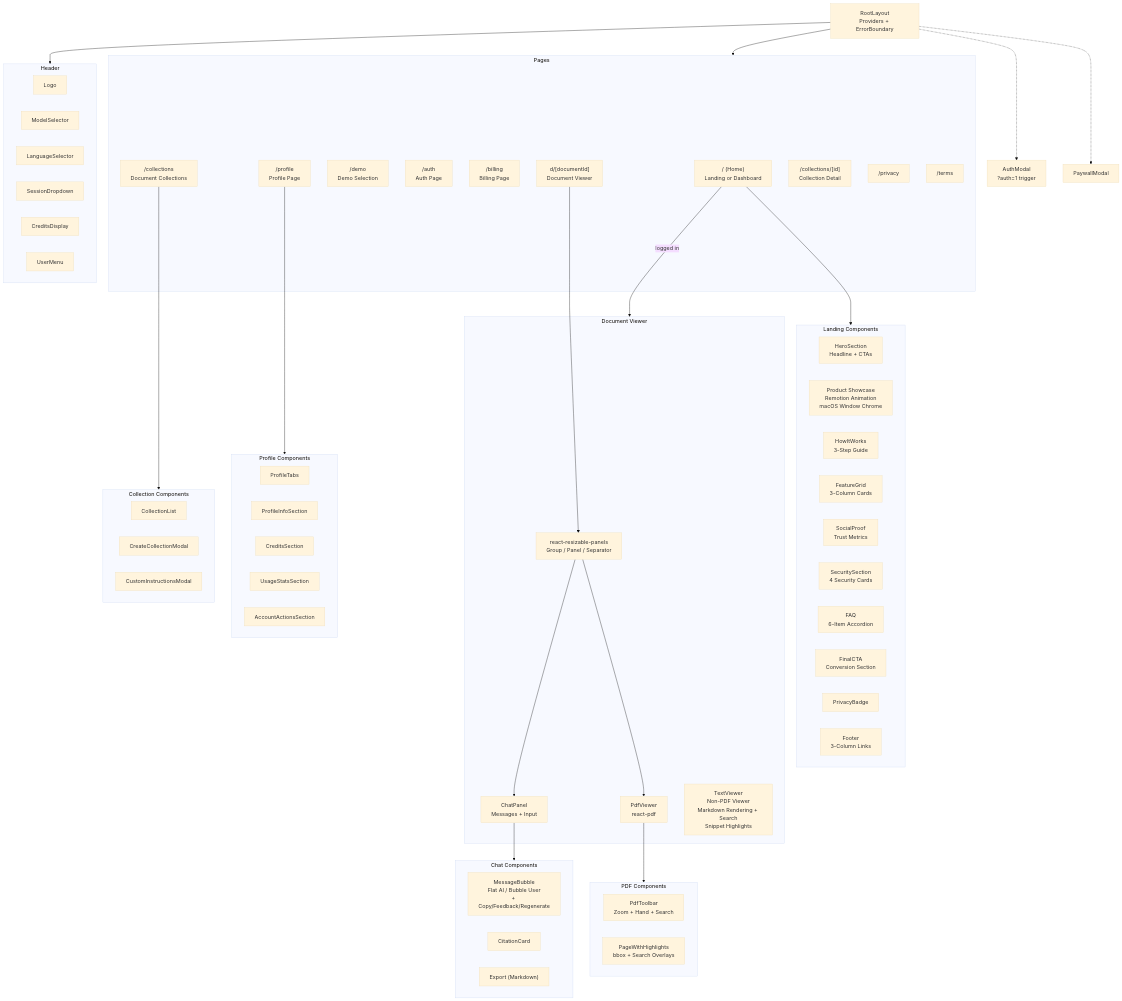
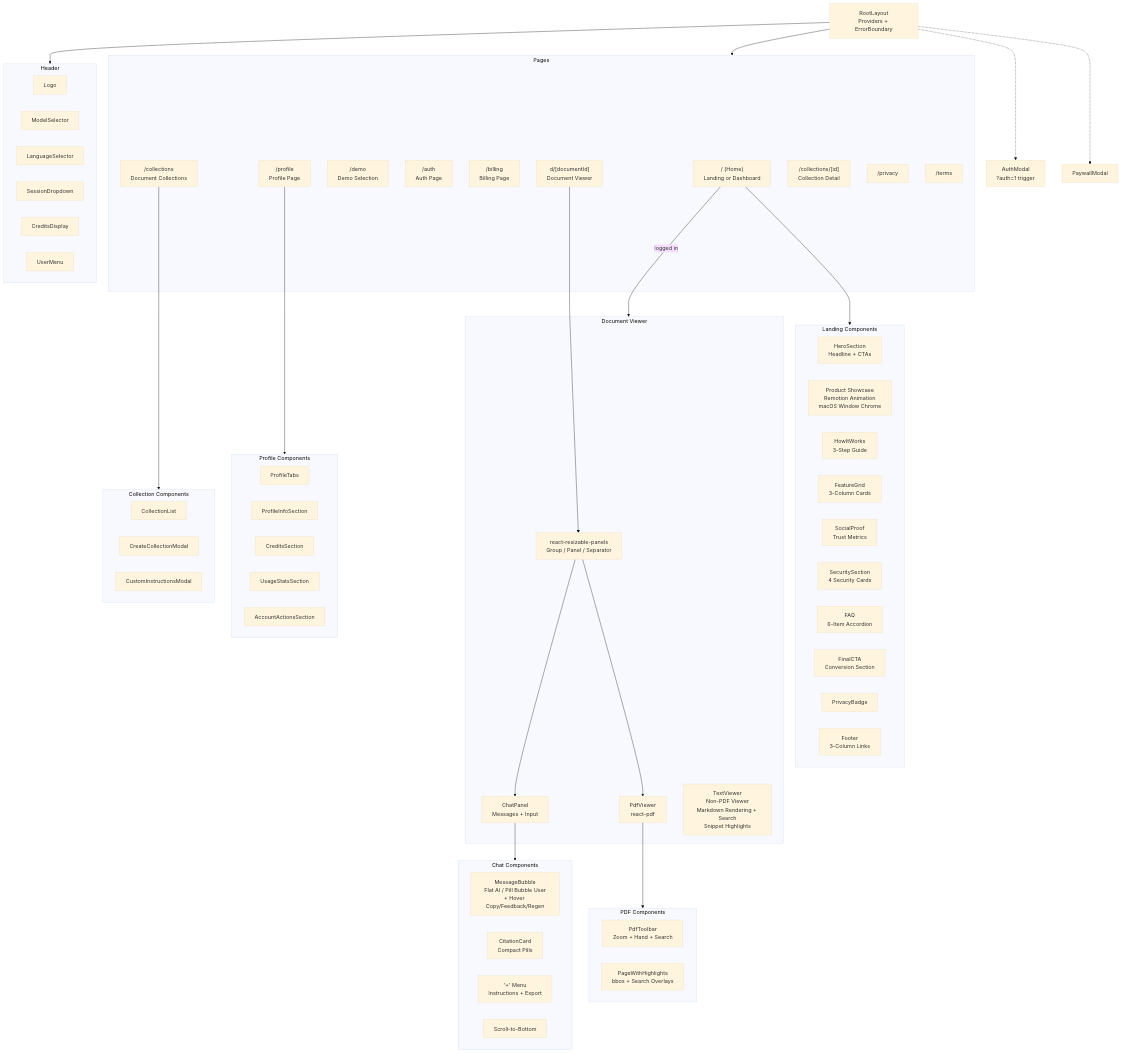
The seventh of 8 diagrams in docs/ARCHITECTURE.md (Rswcf/DocTalk), drawn with Mermaid (base theme) before and after one commit. The commit also changed other lines of this file and 21 other files, not shown here.

First line of the commit message:
ui: ChatGPT-style chat UI redesign — compact citations, stop generation, action menu

```diff
--- a/docs/ARCHITECTURE.md
+++ b/docs/ARCHITECTURE.md
@@ -532,9 +532,10 @@
     end
 
     subgraph ChatComp["Chat Components"]
-        MsgBubble["MessageBubble<br/>Flat AI / Bubble User<br/>+ Copy/Feedback/Regenerate"]
-        CitCard["CitationCard"]
-        Export["Export (Markdown)"]
+        MsgBubble["MessageBubble<br/>Flat AI / Pill Bubble User<br/>+ Hover Copy/Feedback/Regen"]
+        CitCard["CitationCard<br/>Compact Pills"]
+        PlusMenu["'+' Menu<br/>Instructions + Export"]
+        ScrollBtn["Scroll-to-Bottom"]
     end
 
     subgraph PdfComp["PDF Components"]
```
